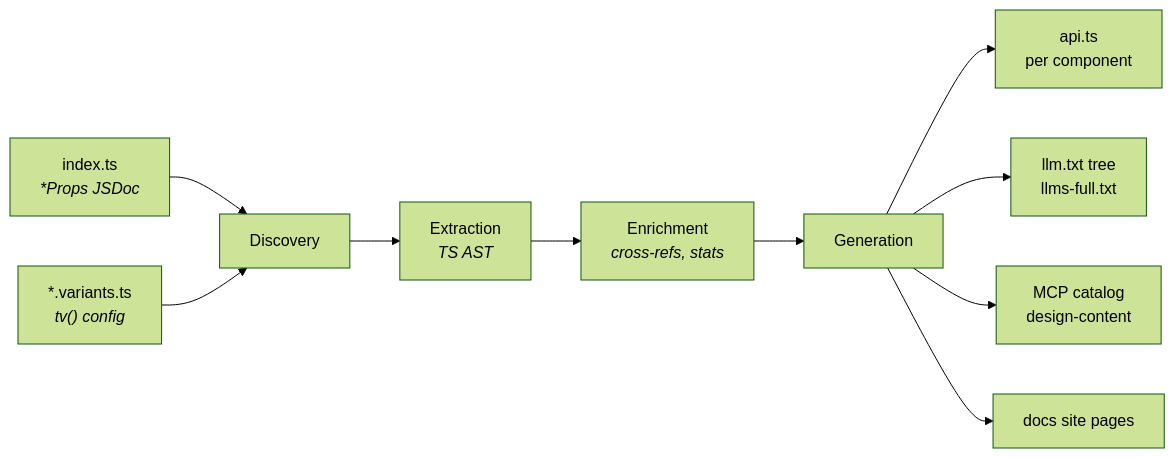
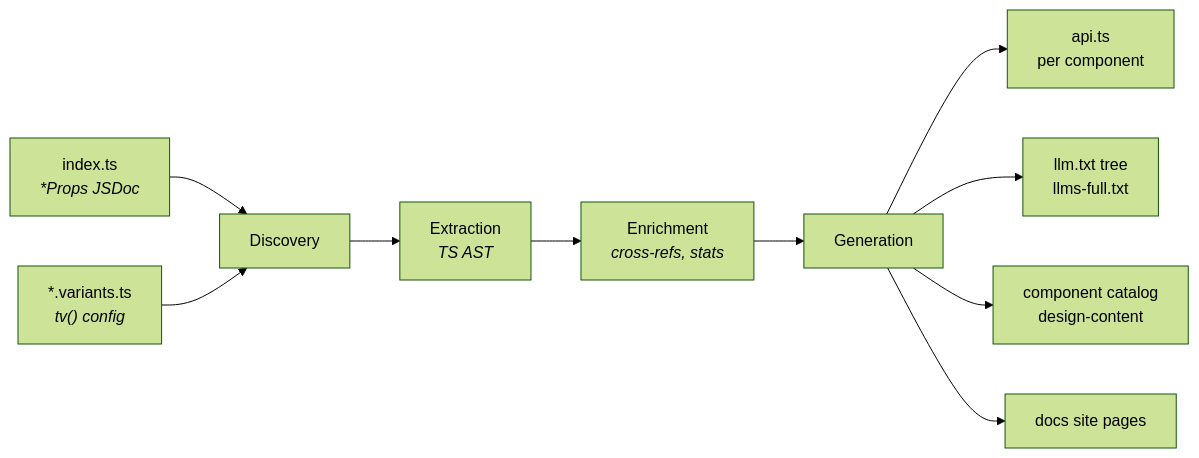
The fifth of 5 diagrams in docs/ARCHITECTURE.md (urbicon/ui), drawn with Mermaid (forest theme) before and after one commit. The commit also changed other lines of this file and 198 other files, not shown here.

````diff
--- a/docs/ARCHITECTURE.md
+++ b/docs/ARCHITECTURE.md
@@ -888,12 +882,12 @@
 ```mermaid
 graph LR
     SRC["index.ts<br/><i>*Props JSDoc</i>"] --> DISC[Discovery]
     VAR["*.variants.ts<br/><i>tv() config</i>"] --> DISC
     DISC --> EXT[Extraction<br/><i>TS AST</i>]
     EXT --> ENR[Enrichment<br/><i>cross-refs, stats</i>]
     ENR --> GEN[Generation]
     GEN --> A["api.ts<br/>per component"]
     GEN --> B["llm.txt tree<br/>llms-full.txt"]
-    GEN --> C["MCP catalog<br/>design-content"]
+    GEN --> C["component catalog<br/>design-content"]
     GEN --> D["docs site pages"]
 ```
````
